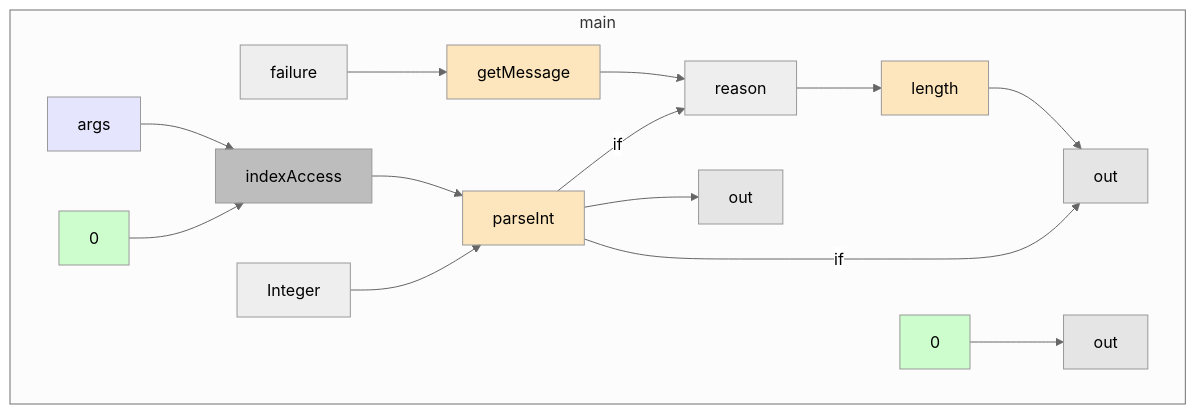
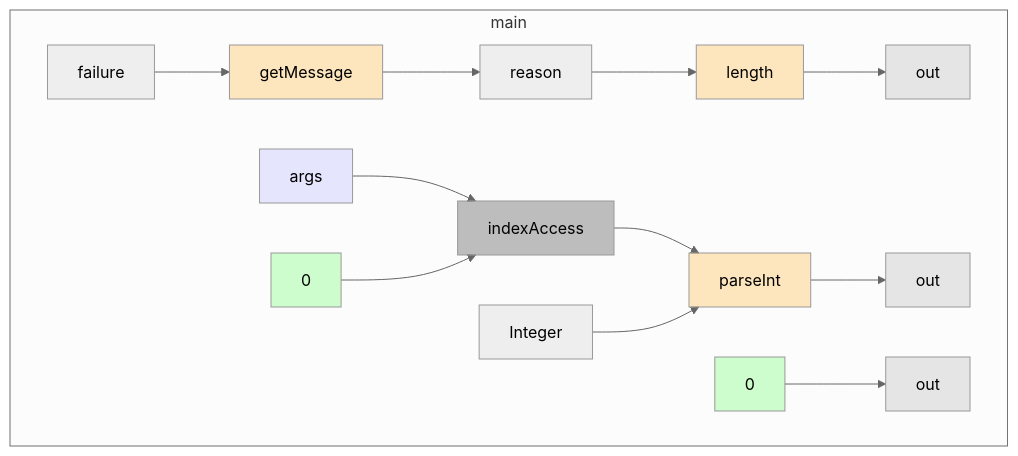
One commit to gstiebler/codeflow changed the diagram in app/src/test/resources/catchParameter/spike-truth.md. Above: the diagram before and after it, drawn with Mermaid (neutral theme). The commit also changed 17 other files, not shown here.

````diff
--- a/app/src/test/resources/catchParameter/spike-truth.md
+++ b/app/src/test/resources/catchParameter/spike-truth.md
@@ -3,37 +3,35 @@
 ```mermaid
 flowchart TD
   subgraph m0["main"]
     n0["indexAccess"]:::BIN_OP
     n1["getMessage"]:::EXTERNAL
     n2["length"]:::EXTERNAL
     n3["parseInt"]:::EXTERNAL
     n4["args"]:::FUNC_PARAM
     n5["0"]:::LITERAL
     n6["0"]:::LITERAL
     n7["reason"]:::OBJ_VARIABLE
     n8["Integer"]:::OBJ_VARIABLE
     n9["failure"]:::OBJ_VARIABLE
     n10["out"]:::VARIABLE
     n11["out"]:::VARIABLE
     n12["out"]:::VARIABLE
   end
   n0 --> n3
   n1 --> n7
   n2 --> n11
   n3 --> n10
-  n3 -->|if| n11
-  n3 -->|if| n7
   n4 --> n0
   n5 --> n0
   n6 --> n12
   n7 --> n2
   n8 --> n3
   n9 --> n1
   classDef LITERAL fill:#00FF0030
   classDef VARIABLE fill:#80808030
   classDef BIN_OP fill:#80808080
   classDef FUNC_PARAM fill:#8080FF30
   classDef RETURN fill:#FF808080
   classDef EXTERNAL fill:#FFA50040
   classDef UNMODELLED fill:#FF000030,stroke-dasharray: 4 2
 ```
````
